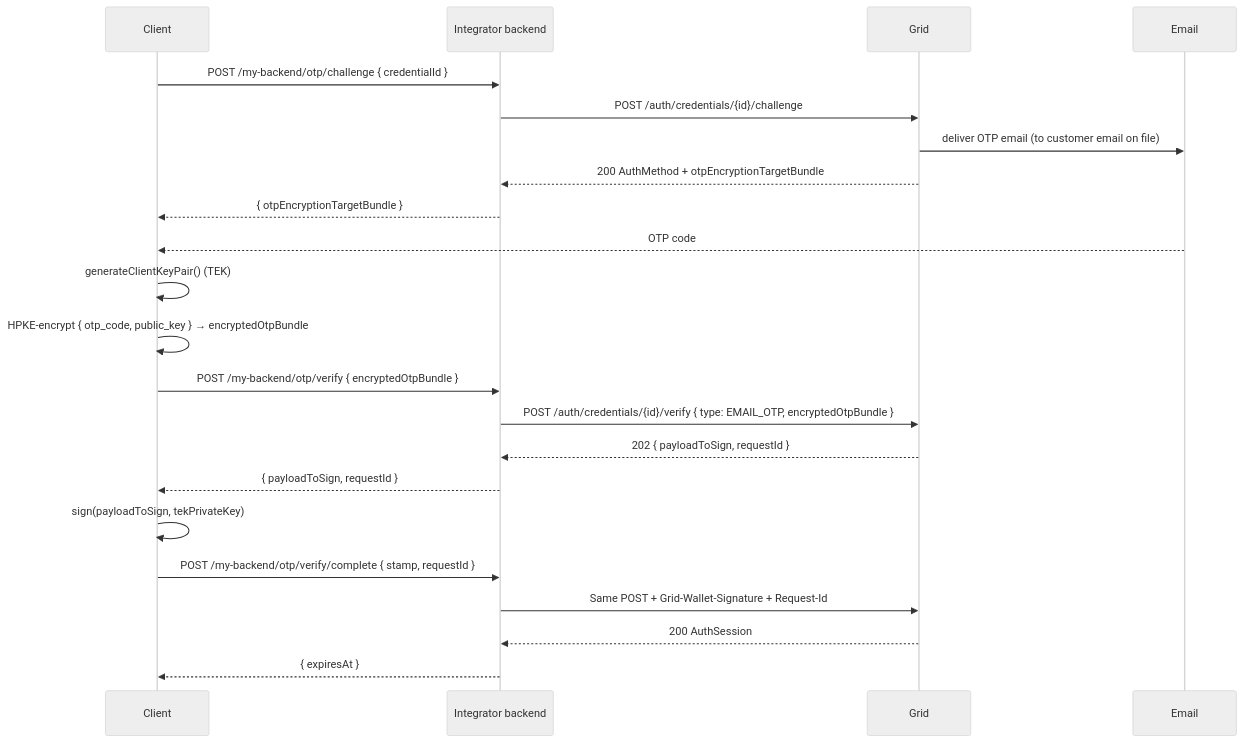
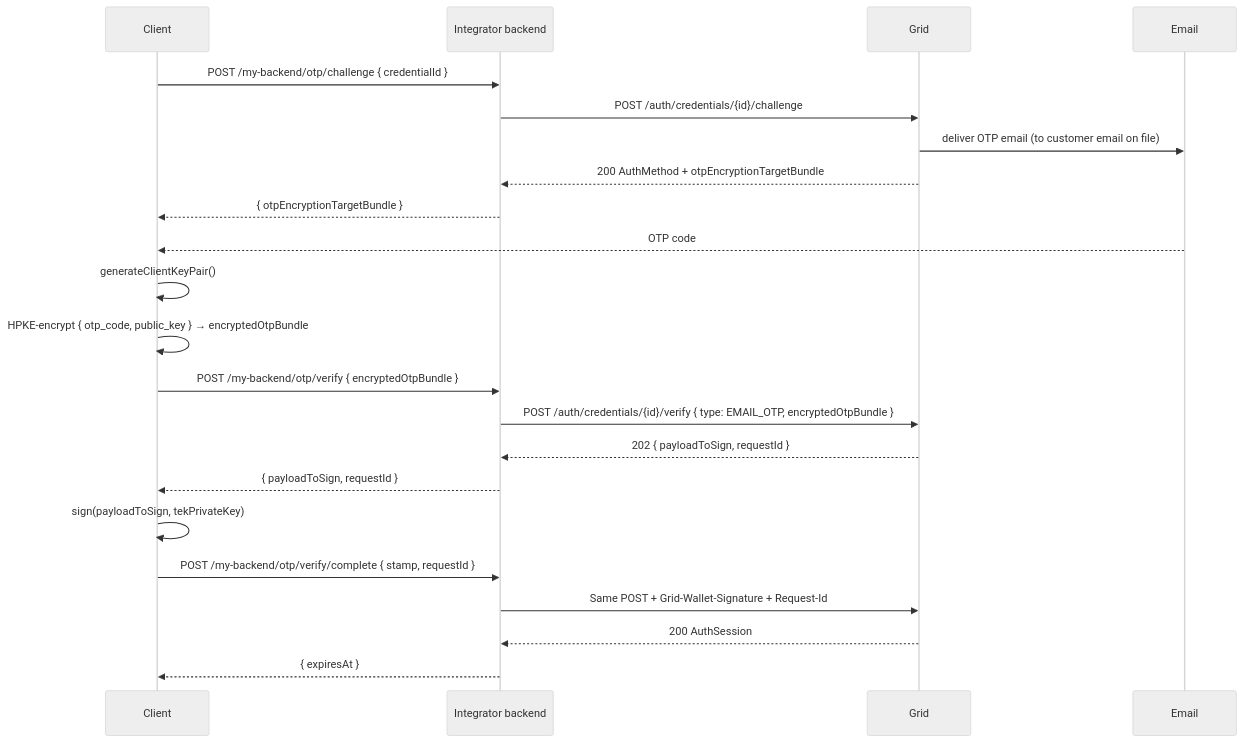
Before and after one commit to lightsparkdev/grid-api: the fourth of 5 diagrams in mintlify/snippets/global-accounts/authentication.mdx, drawn with Mermaid (neutral theme). The commit also changed other lines of this file and 10 other files, not shown here.

````diff
--- a/mintlify/snippets/global-accounts/authentication.mdx
+++ b/mintlify/snippets/global-accounts/authentication.mdx
@@ -485,25 +485,25 @@
 ```mermaid
 sequenceDiagram
   participant C as Client
   participant IB as Integrator backend
   participant G as Grid
   participant E as Email
 
   C->>IB: POST /my-backend/otp/challenge { credentialId }
   IB->>G: POST /auth/credentials/{id}/challenge
   G->>E: deliver OTP email (to customer email on file)
   G-->>IB: 200 AuthMethod + otpEncryptionTargetBundle
   IB-->>C: { otpEncryptionTargetBundle }
   E-->>C: OTP code
-  C->>C: generateClientKeyPair() (TEK)
+  C->>C: generateClientKeyPair()
   C->>C: HPKE-encrypt { otp_code, public_key } → encryptedOtpBundle
   C->>IB: POST /my-backend/otp/verify { encryptedOtpBundle }
   IB->>G: POST /auth/credentials/{id}/verify { type: EMAIL_OTP, encryptedOtpBundle }
   G-->>IB: 202 { payloadToSign, requestId }
   IB-->>C: { payloadToSign, requestId }
   C->>C: sign(payloadToSign, tekPrivateKey)
   C->>IB: POST /my-backend/otp/verify/complete { stamp, requestId }
   IB->>G: Same POST + Grid-Wallet-Signature + Request-Id
   G-->>IB: 200 AuthSession
   IB-->>C: { expiresAt }
 ```
````
